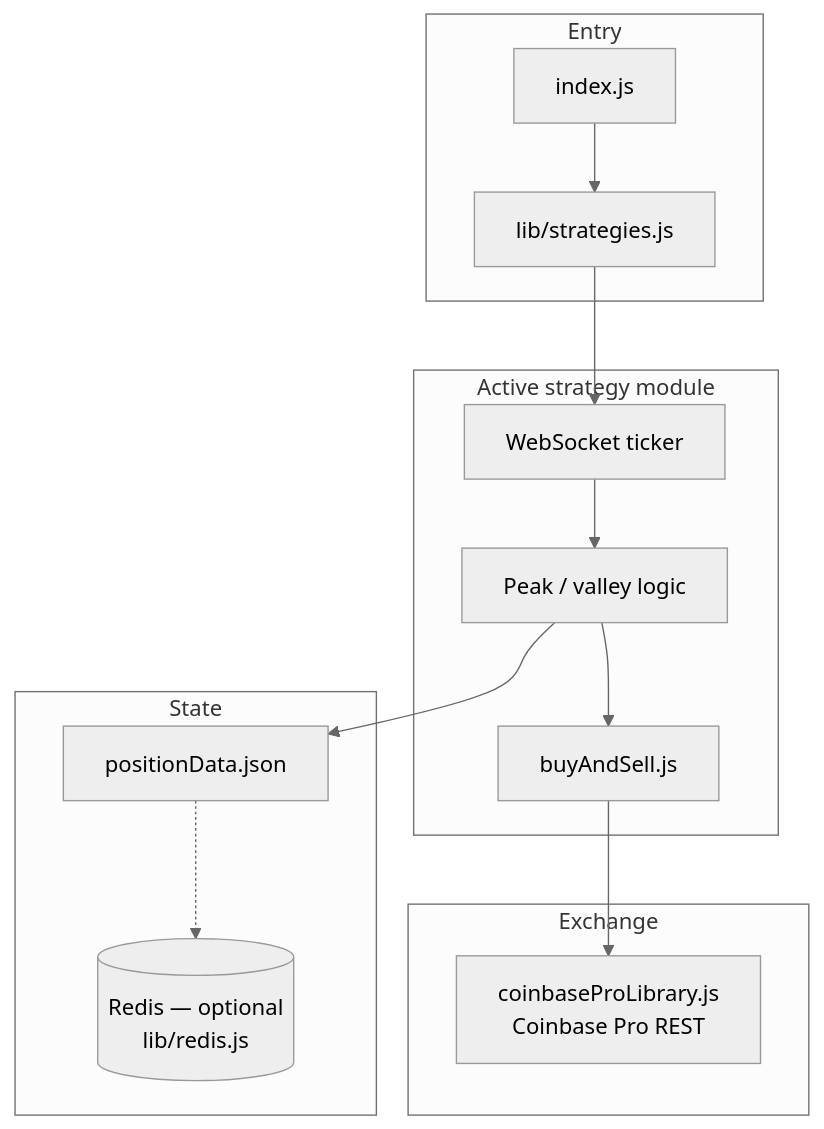
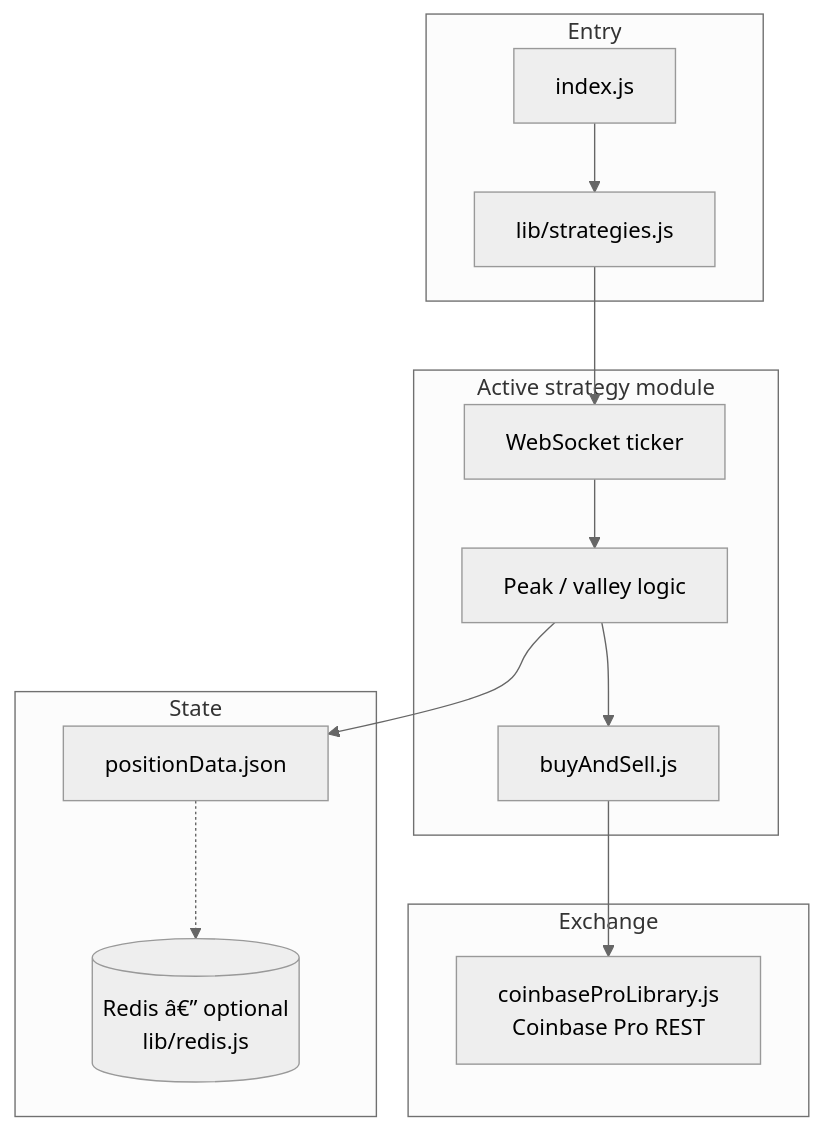
The first of 2 diagrams in README.md (ChypherFish3r/coinbase-trading-bot), drawn with Mermaid (neutral theme) before and after one commit. The commit also changed other lines of this file and 2 other files, not shown here.

````diff
--- a/README.md
+++ b/README.md
@@ -156,30 +156,30 @@
 ```mermaid
 flowchart TB
   subgraph Entry
     IDX["index.js"]
     REG["lib/strategies.js"]
   end
 
   subgraph Strategy["Active strategy module"]
     WS["WebSocket ticker"]
     PV["Peak / valley logic"]
     ORD["buyAndSell.js"]
   end
 
   subgraph State
     FILE["positionData.json"]
-    REDIS[("Redis — optional\nlib/redis.js")]
+    REDIS[("Redis â€” optional\nlib/redis.js")]
   end
 
   subgraph Exchange
     PRO["coinbaseProLibrary.js\nCoinbase Pro REST"]
   end
 
   IDX --> REG
   REG --> WS
   WS --> PV
   PV --> ORD
   ORD --> PRO
   PV --> FILE
   FILE -.-> REDIS
 ```
````
